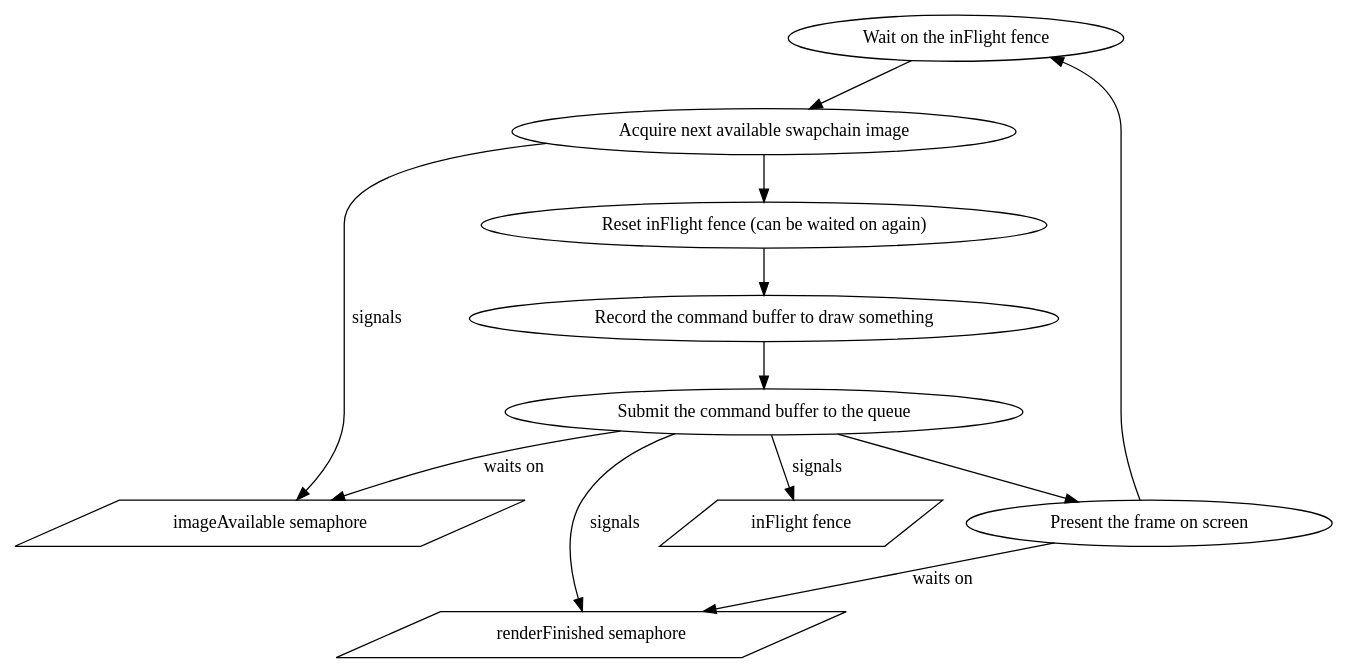
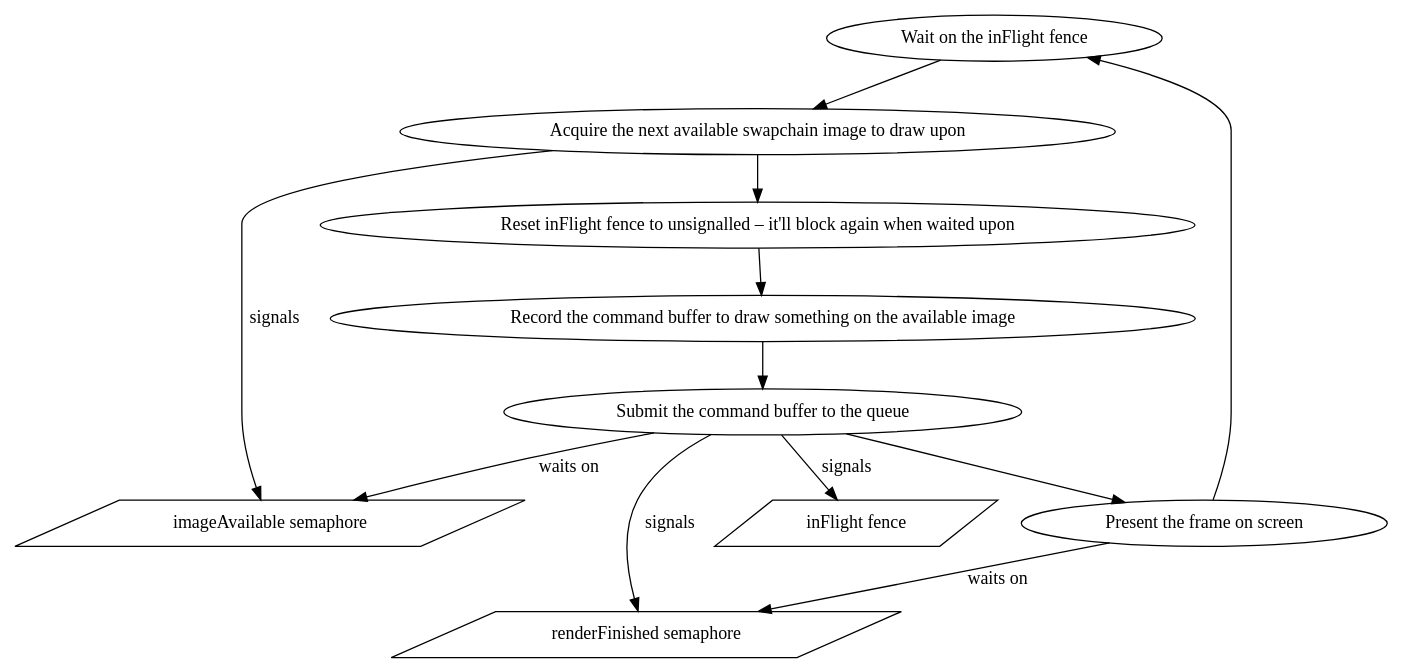
One commit to anatoliykmetyuk/anatoliykmetyuk.github.io changed the second of 2 diagrams in posts/2022-06-24-first-triangle.md. Above: the diagram before and after it, drawn with Graphviz. The commit also changed other lines of this file, not shown here.

````diff
--- a/posts/2022-06-24-first-triangle.md
+++ b/posts/2022-06-24-first-triangle.md
@@ -45,20 +45,21 @@
 ```dot
 digraph G {
-  "Wait on the inFlight fence" -> "Acquire next available swapchain image" ->
-  "Reset inFlight fence (can be waited on again)" ->
-  "Record the command buffer to draw something" ->
+  "Wait on the inFlight fence" ->
+  "Acquire the next available swapchain image to draw upon" ->
+  "Reset inFlight fence to unsignalled – it'll block again when waited upon" ->
+  "Record the command buffer to draw something on the available image" ->
   "Submit the command buffer to the queue" ->
   "Present the frame on screen" -> "Wait on the inFlight fence"
 
 
-  "Acquire next available swapchain image" -> "imageAvailable semaphore" [ label = "signals" ]
+  "Acquire the next available swapchain image to draw upon" -> "imageAvailable semaphore" [ label = "signals" ]
   "Submit the command buffer to the queue" -> "imageAvailable semaphore" [ label = "waits on" ]
   "Submit the command buffer to the queue" -> "renderFinished semaphore" [ label = "signals" ]
   "Submit the command buffer to the queue" -> "inFlight fence" [ label = "signals" ]
   "Present the frame on screen" -> "renderFinished semaphore" [ label = "waits on" ]
 
   "imageAvailable semaphore" [ shape=parallelogram ]
   "inFlight fence" [ shape=parallelogram ]
   "renderFinished semaphore" [ shape=parallelogram ]
 }
 ```
````
